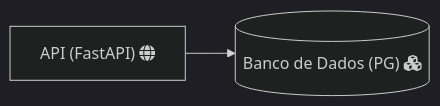
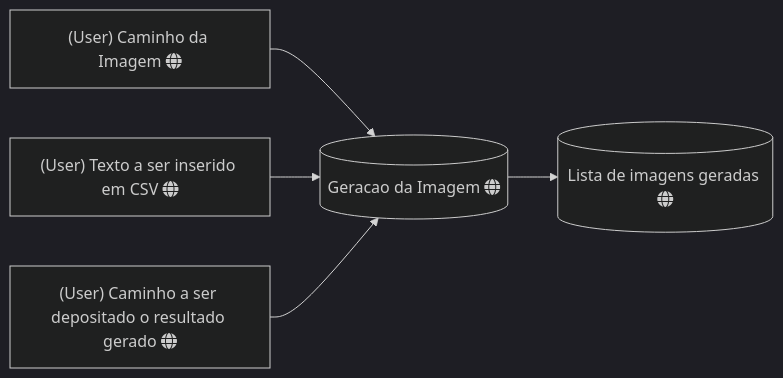
One commit to NeemiasBorges/GERADORCERTIFICADOS changed the diagram in README.md. Above: the diagram before and after it, drawn with Mermaid (dark theme). The commit also changed other lines of this file, not shown here.

Commit message:
Atualização do Read.md

````diff
--- a/README.md
+++ b/README.md
@@ -7,6 +6,17 @@
 ```mermaid
 graph LR;
-    A["API (FastAPI) fa:fa-globe"]
-    B[("Banco de Dados (PG) fa:fa-cubes")]
-    A --> B
+    A["(User) Caminho da Imagem fa:fa-globe"]
+    B["(User) Texto a ser inserido em CSV fa:fa-globe"]
+    C["(User) Caminho a ser depositado o resultado gerado fa:fa-globe"]
+    
+    D[("Geracao da Imagem fa:fa-globe")]
+
+    E[("Lista de imagens geradas fa:fa-globe")]
+
+
+    A --> D
+    B --> D
+    C --> D
+    D --> E
+
 ```
````
